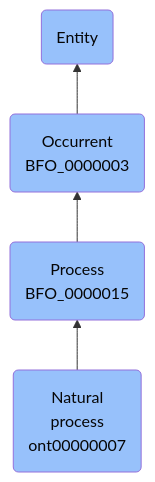
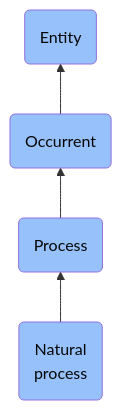
One commit to jupyter-naas/abi changed the diagram in docs/ontology/reference/model/Entity/Occurrent/Process/Natural process/Natural process.md. Above: the diagram before and after it, drawn with Mermaid. The commit also changed other lines of this file and 1430 other files, not shown here.

````diff
--- a/docs/ontology/reference/model/Entity/Occurrent/Process/Natural process/Natural process.md
+++ b/docs/ontology/reference/model/Entity/Occurrent/Process/Natural process/Natural process.md
@@ -24,11 +24,11 @@
 ```mermaid
 graph BT
-    ont00000007(Natural<br>process<br>ont00000007):::BFO-->BFO_0000015
-    BFO_0000015(Process<br>BFO_0000015):::BFO-->BFO_0000003
-    BFO_0000003(Occurrent<br>BFO_0000003):::BFO-->BFO_0000001
+    ont00000007(Natural<br>process):::BFO-->BFO_0000015
+    BFO_0000015(Process):::BFO-->BFO_0000003
+    BFO_0000003(Occurrent):::BFO-->BFO_0000001
     BFO_0000001(Entity):::BFO
     
     classDef BFO fill:#97c1fb,color:#060606
     classDef CCO fill:#e4c51e,color:#060606
     classDef ABI fill:#48DD82,color:#060606
 ```
````
